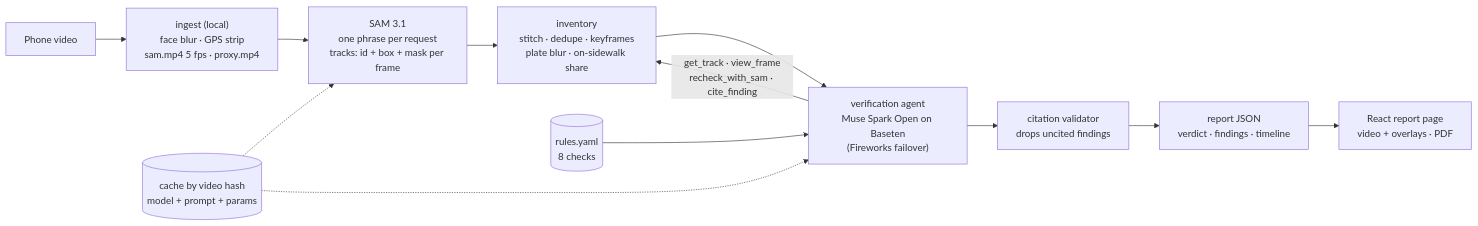
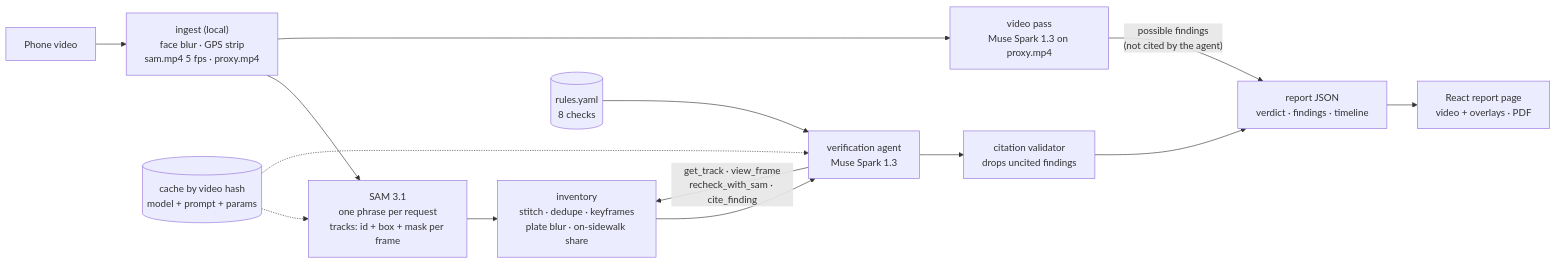
The diagram in README.md (tahmidrafi/AccessWalk), drawn with Mermaid before and after one commit. The commit also changed other lines of this file and 1 other file, not shown here.

````diff
--- a/README.md
+++ b/README.md
@@ -37,14 +39,16 @@
 ```mermaid
 flowchart LR
   V[Phone video] --> I["ingest (local)<br/>face blur · GPS strip<br/>sam.mp4 5 fps · proxy.mp4"]
   I --> S["SAM 3.1<br/>one phrase per request<br/>tracks: id + box + mask per frame"]
   S --> N["inventory<br/>stitch · dedupe · keyframes<br/>plate blur · on-sidewalk share"]
-  N --> A["verification agent<br/>Muse Spark Open on Baseten<br/>(Fireworks failover)"]
+  N --> A["verification agent<br/>Muse Spark 1.3"]
   R[(rules.yaml<br/>8 checks)] --> A
   A -- "get_track · view_frame<br/>recheck_with_sam · cite_finding" --> N
   A --> G["citation validator<br/>drops uncited findings"]
   G --> P["report JSON<br/>verdict · findings · timeline"]
+  I --> W["video pass<br/>Muse Spark 1.3 on proxy.mp4"]
+  W -- "possible findings<br/>(not cited by the agent)" --> P
   P --> U["React report page<br/>video + overlays · PDF"]
   C[(cache by video hash<br/>model + prompt + params)] -.-> S
   C -.-> A
 ```
````
